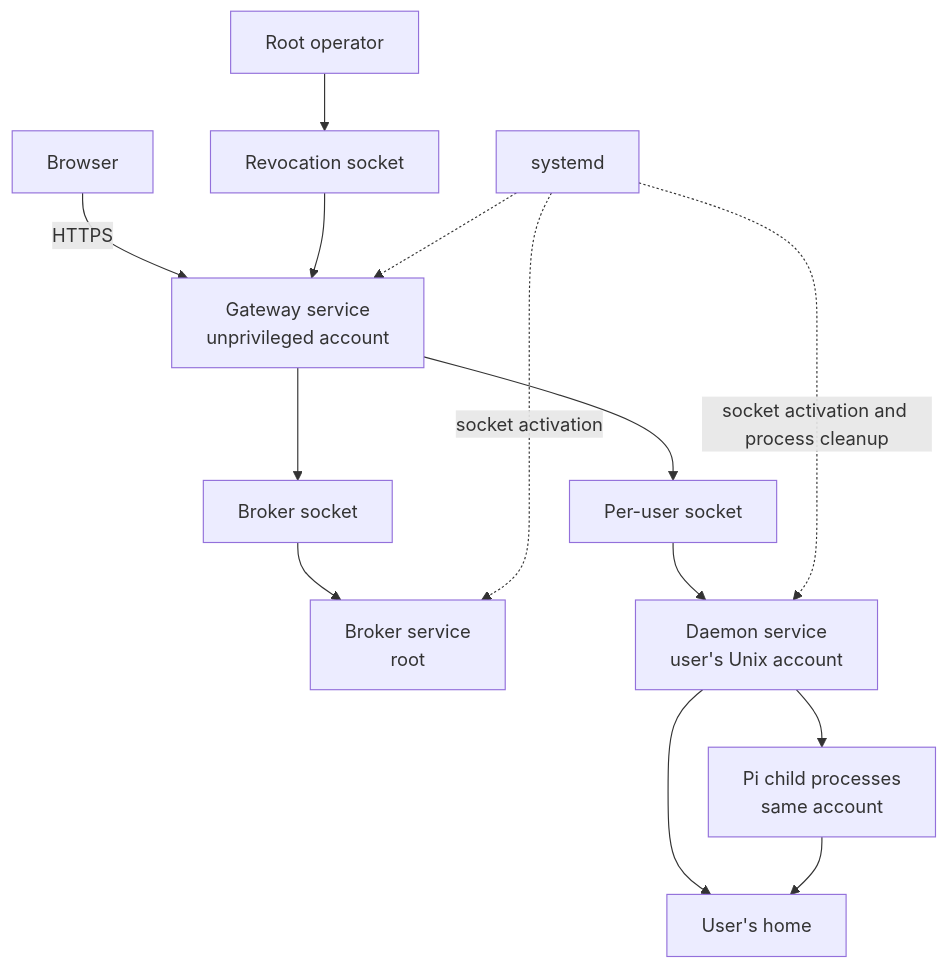
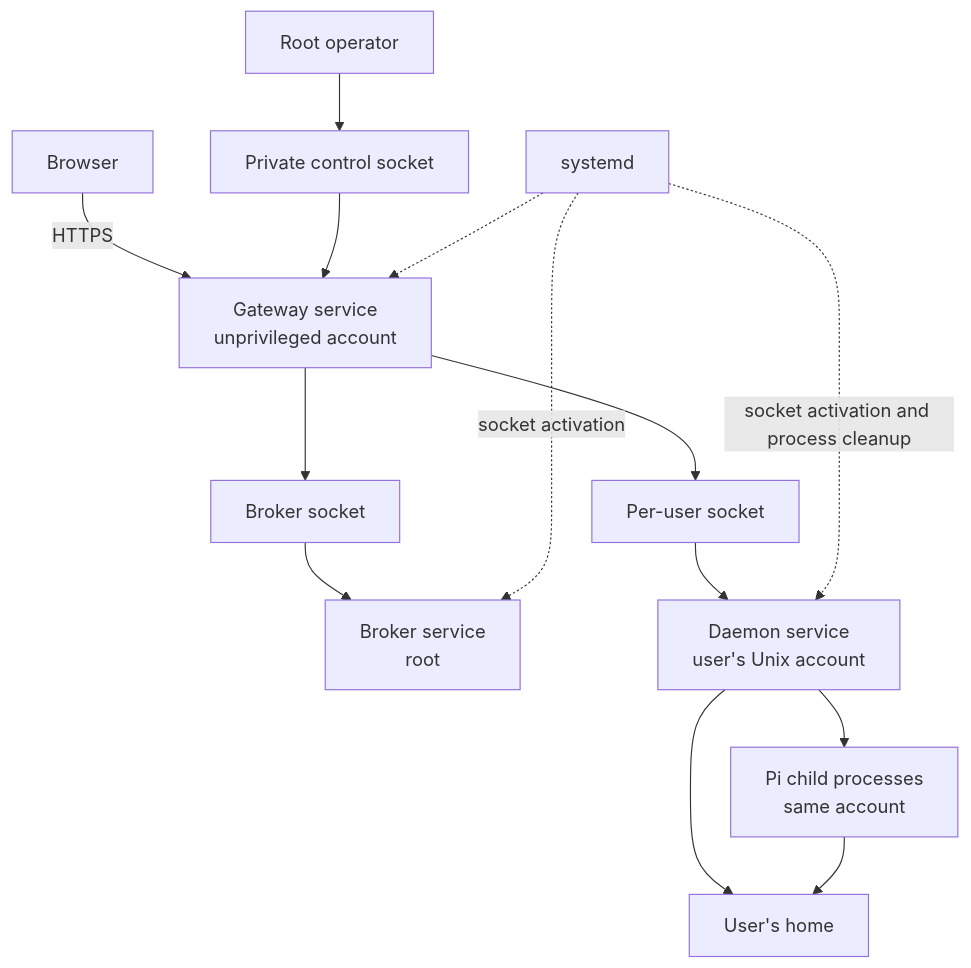
Before and after one commit to Open-Habitat/open-habitat: the diagram in docs/architecture/deployment.md, drawn with Mermaid. The commit also changed other lines of this file and 7 other files, not shown here.

First line of the commit message:
Add root operator administration CLI over gateway control socket

````diff
--- a/docs/architecture/deployment.md
+++ b/docs/architecture/deployment.md
@@ -9,13 +9,13 @@
 ```mermaid
 flowchart TB
   Browser["Browser"] -->|HTTPS| Gateway["Gateway service<br/>unprivileged account"]
-  Operator["Root operator"] --> Revoke["Revocation socket"] --> Gateway
+  Operator["Root operator"] --> Revoke["Private control socket"] --> Gateway
   Gateway --> BrokerSocket["Broker socket"] --> Broker["Broker service<br/>root"]
   Gateway --> UserSocket["Per-user socket"] --> Daemon["Daemon service<br/>user's Unix account"]
   Daemon --> Pi["Pi child processes<br/>same account"]
   Daemon --> Home["User's home"]
   Pi --> Home
   Systemd["systemd"] -.-> Gateway
   Systemd -. "socket activation" .-> Broker
   Systemd -. "socket activation and process cleanup" .-> Daemon
 ```
````
